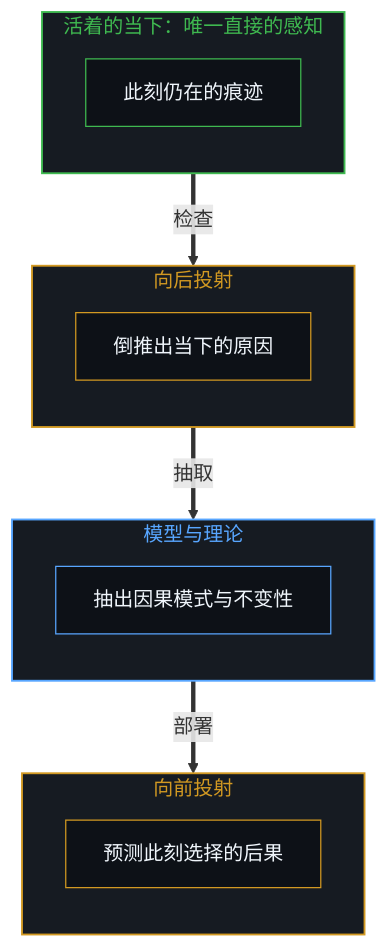
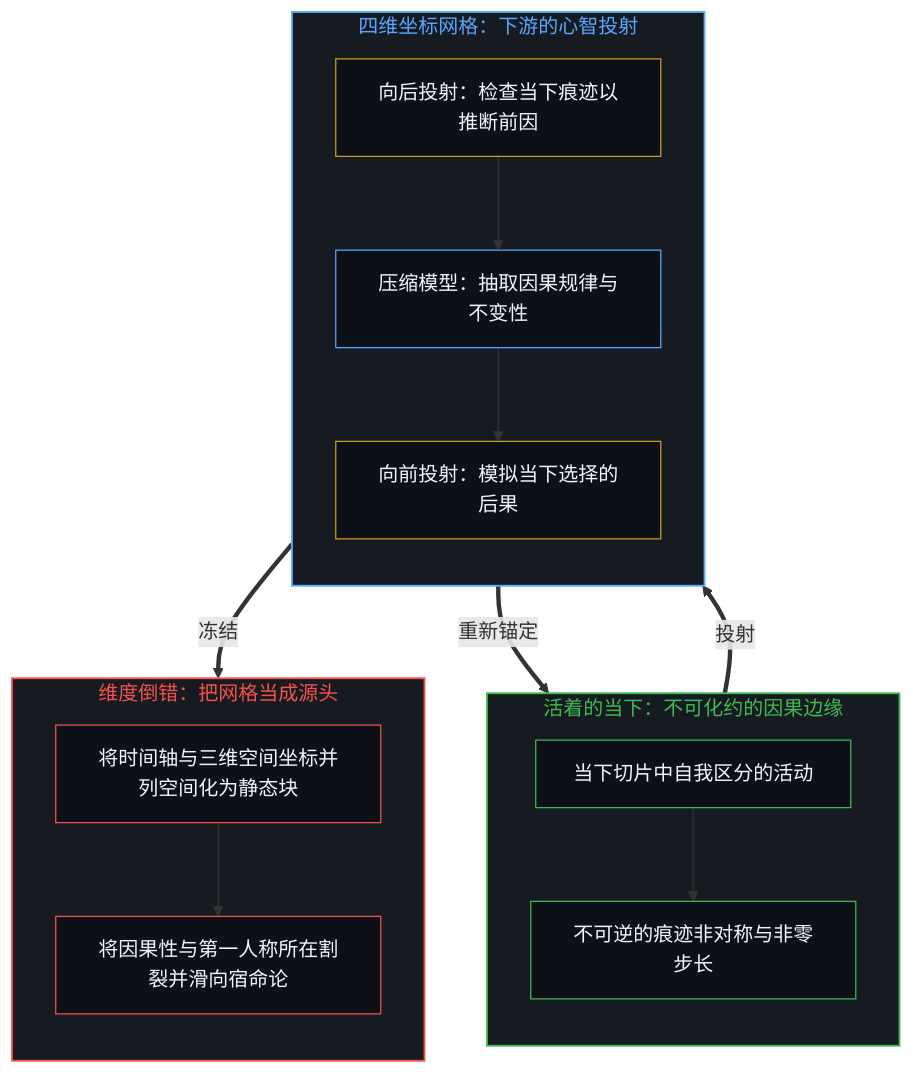
Before and after one commit to powerpig99/not-a-toe: the first of 2 diagrams in content/posts/time-is-causality-not-a-dimension.md, drawn with Mermaid. The commit also changed other lines of this file and 1 other file, not shown here.

````diff
--- a/content/posts/time-is-causality-not-a-dimension.md
+++ b/content/posts/time-is-causality-not-a-dimension.md
@@ -51,30 +51,35 @@
 ```mermaid
 flowchart TD
-    subgraph S_Now["活着的当下：唯一直接的感知"]
+    subgraph S_Edge["活着的当下：不可化约的因果边缘"]
         direction TB
-        N1["此刻仍在的痕迹"]
+        E1["当下切片中自我区分的活动"]
+        E2["不可逆的痕迹非对称与非零步长"]
+        E1 --> E2
     end
-    subgraph S_Back["向后投射"]
+    subgraph S_Proj["四维坐标网格：下游的心智投射"]
         direction TB
-        B1["倒推出当下的原因"]
+        B1["向后投射：检查当下痕迹以推断前因"]
+        M1["压缩模型：抽取因果规律与不变性"]
+        F1["向前投射：模拟当下选择的后果"]
+        B1 --> M1 --> F1
     end
-    subgraph S_Model["模型与理论"]
+    subgraph S_Inv["维度倒错：把网格当成源头"]
         direction TB
-        M1["抽出因果模式与不变性"]
+        I1["将时间轴与三维空间坐标并列空间化为静态块"]
+        I2["将因果性与第一人称所在割裂并滑向宿命论"]
+        I1 --> I2
     end
-    subgraph S_Forward["向前投射"]
-        direction TB
-        F1["预测此刻选择的后果"]
-    end
-    N1 ==>|"检查"| B1
-    B1 ==>|"抽取"| M1
-    M1 ==>|"部署"| F1
-    style S_Now fill:#161b22,stroke:#3fb950,stroke-width:1.5px,color:#3fb950
-    style S_Back fill:#161b22,stroke:#d29922,stroke-width:1.5px,color:#d29922
-    style S_Model fill:#161b22,stroke:#58a6ff,stroke-width:1.5px,color:#58a6ff
-    style S_Forward fill:#161b22,stroke:#d29922,stroke-width:1.5px,color:#d29922
-    style N1 fill:#0d1117,stroke:#3fb950,stroke-width:1px,color:#f0f6fc
+    E2 ==>|"投射"| B1
+    F1 ==>|"重新锚定"| E1
+    M1 ==>|"冻结"| I1
+    style S_Edge fill:#161b22,stroke:#3fb950,stroke-width:1.5px,color:#3fb950
+    style S_Proj fill:#161b22,stroke:#58a6ff,stroke-width:1.5px,color:#58a6ff
+    style S_Inv fill:#161b22,stroke:#f85149,stroke-width:1.5px,color:#f85149
+    style E1 fill:#0d1117,stroke:#3fb950,stroke-width:1px,color:#f0f6fc
+    style E2 fill:#0d1117,stroke:#3fb950,stroke-width:1px,color:#f0f6fc
     style B1 fill:#0d1117,stroke:#d29922,stroke-width:1px,color:#f0f6fc
     style M1 fill:#0d1117,stroke:#58a6ff,stroke-width:1px,color:#f0f6fc
     style F1 fill:#0d1117,stroke:#d29922,stroke-width:1px,color:#f0f6fc
+    style I1 fill:#0d1117,stroke:#f85149,stroke-width:1px,color:#f0f6fc
+    style I2 fill:#0d1117,stroke:#f85149,stroke-width:1px,color:#f0f6fc
 ```
````
